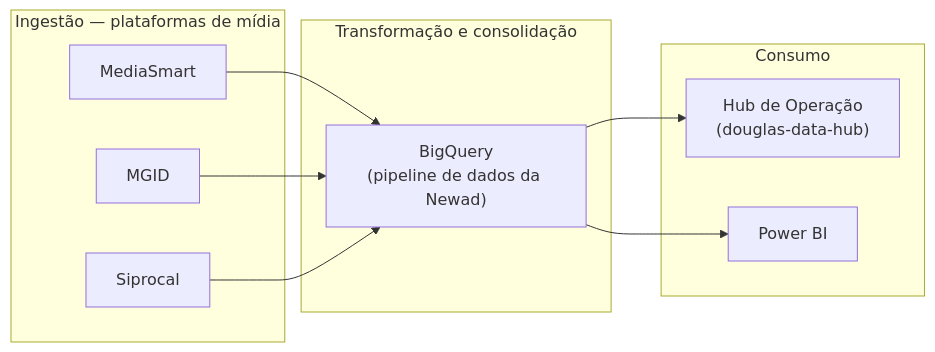
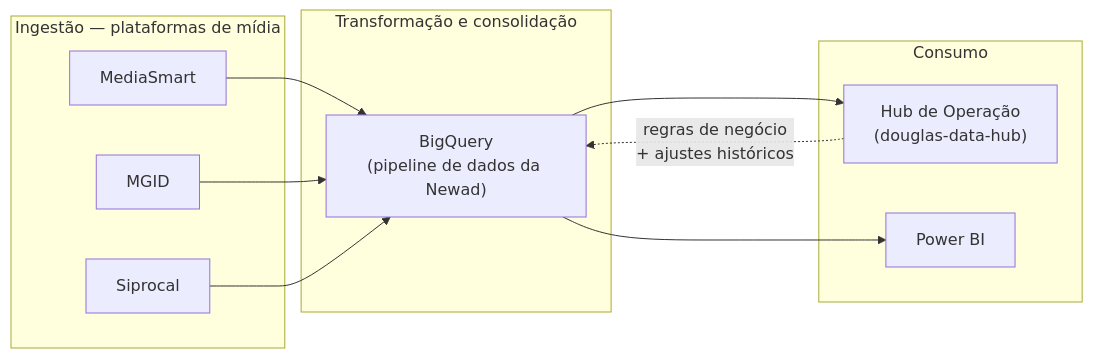
The diagram in docs/architecture_overview.md (Douglas-Reche/newad-adframework-bq), drawn with Mermaid before and after one commit. The commit also changed other lines of this file and 3 other files, not shown here.

````diff
--- a/docs/architecture_overview.md
+++ b/docs/architecture_overview.md
@@ -13,23 +13,24 @@
 ```mermaid
 flowchart LR
     subgraph Ingestao["Ingestão — plataformas de mídia"]
         MS["MediaSmart"]
         MG["MGID"]
         SP["Siprocal"]
     end
 
     subgraph Transformacao["Transformação e consolidação"]
         BQ["BigQuery\n(pipeline de dados da Newad)"]
     end
 
     subgraph Consumo["Consumo"]
         HUB["Hub de Operação\n(douglas-data-hub)"]
         PBI["Power BI"]
     end
 
     MS --> BQ
     MG --> BQ
     SP --> BQ
     BQ --> HUB
     BQ --> PBI
+    HUB -.->|"regras de negócio\n+ ajustes históricos"| BQ
 ```
````
